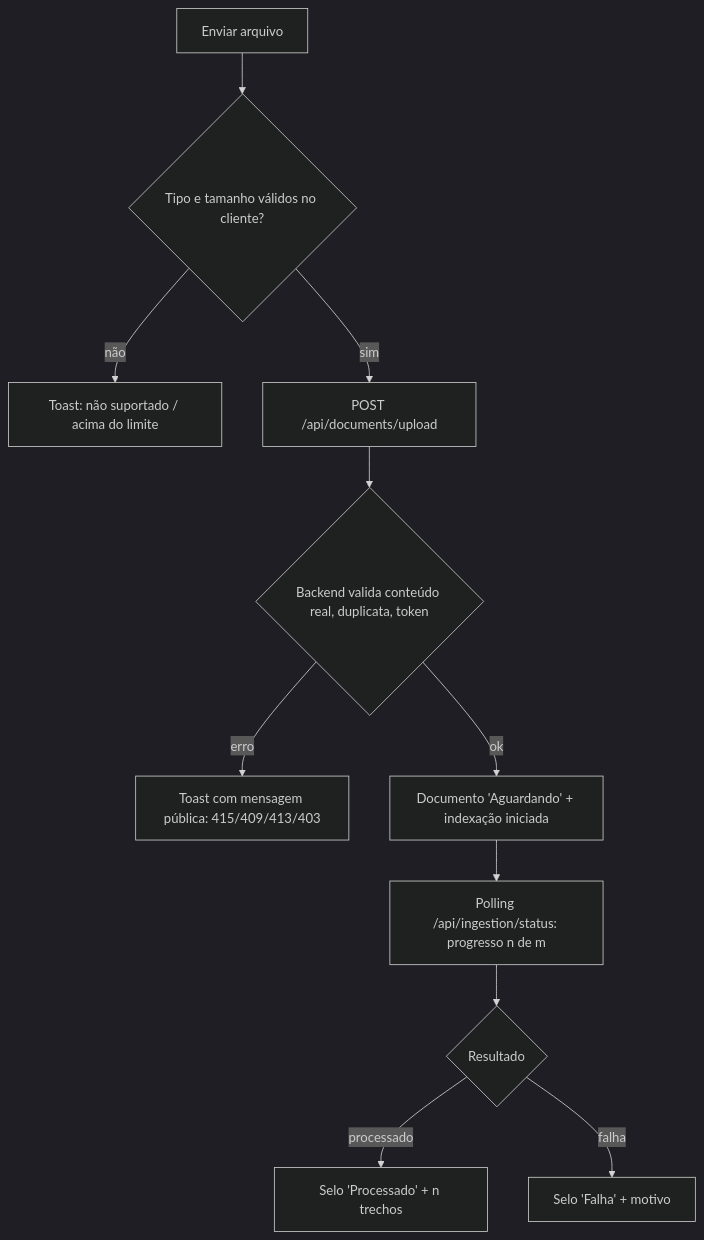
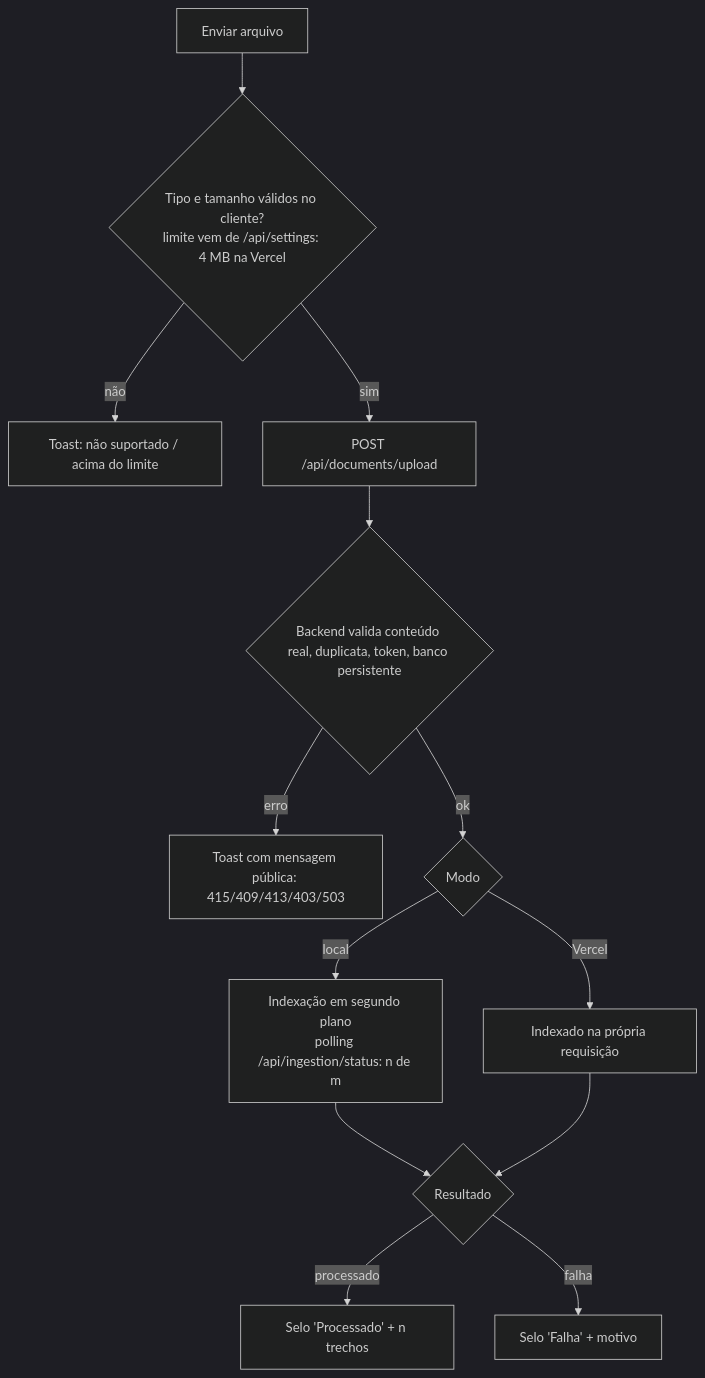
Before and after one commit to Gabriel-S-Justino/NP2Engenharia: the second of 9 diagrams in docs/FLUXOS_UX.md, drawn with Mermaid (dark theme). The commit also changed other lines of this file and 64 other files, not shown here.

First line of the commit message:
Aplicação completa pronta para deploy na Vercel (web + API + Postgres/pgvector)

````diff
--- a/docs/FLUXOS_UX.md
+++ b/docs/FLUXOS_UX.md
@@ -16,13 +16,15 @@
 ```mermaid
 flowchart TD
-  A[Enviar arquivo] --> B{Tipo e tamanho válidos no cliente?}
+  A[Enviar arquivo] --> B{Tipo e tamanho válidos no cliente?\nlimite vem de /api/settings: 4 MB na Vercel}
   B -- não --> X[Toast: não suportado / acima do limite]
   B -- sim --> C[POST /api/documents/upload]
-  C --> D{Backend valida conteúdo real, duplicata, token}
-  D -- erro --> Y[Toast com mensagem pública: 415/409/413/403]
-  D -- ok --> E[Documento 'Aguardando' + indexação iniciada]
-  E --> F[Polling /api/ingestion/status: progresso n de m]
-  F --> G{Resultado}
-  G -- processado --> H[Selo 'Processado' + n trechos]
-  G -- falha --> I[Selo 'Falha' + motivo]
+  C --> D{Backend valida conteúdo real, duplicata, token, banco persistente}
+  D -- erro --> Y[Toast com mensagem pública: 415/409/413/403/503]
+  D -- ok --> E{Modo}
+  E -- local --> F[Indexação em segundo plano\npolling /api/ingestion/status: n de m]
+  E -- Vercel --> G[Indexado na própria requisição]
+  F --> H{Resultado}
+  G --> H
+  H -- processado --> I[Selo 'Processado' + n trechos]
+  H -- falha --> J[Selo 'Falha' + motivo]
 ```
````
